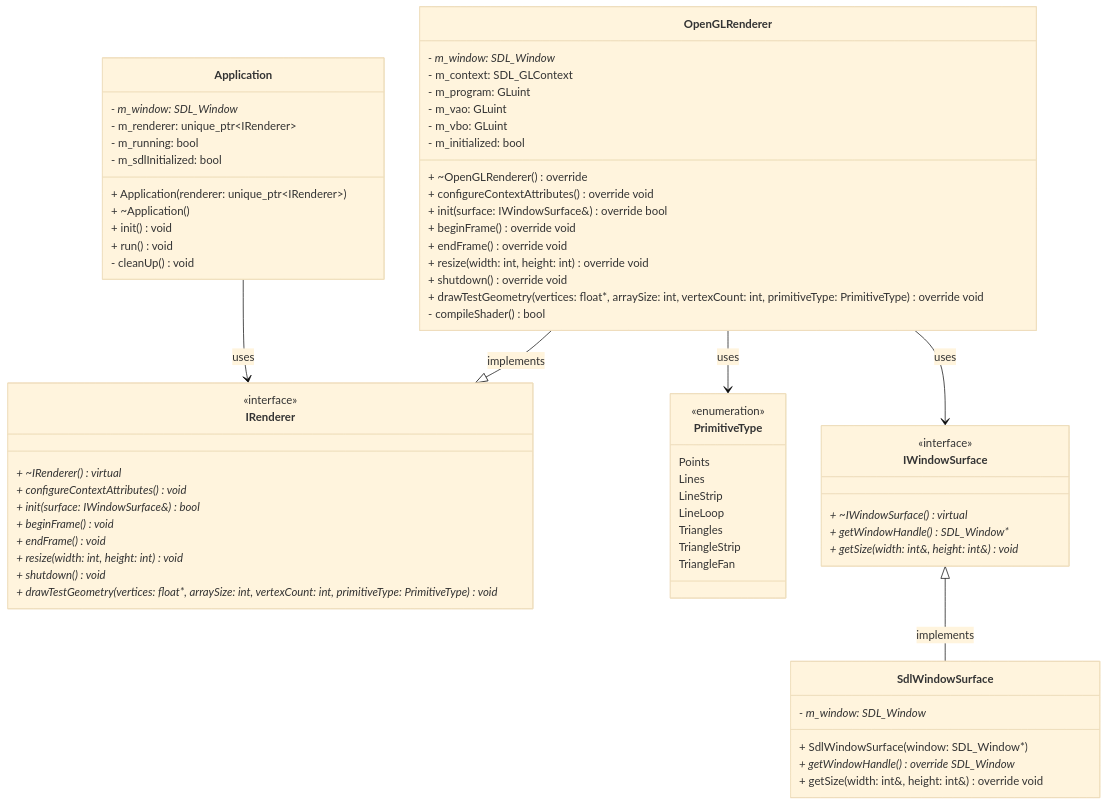
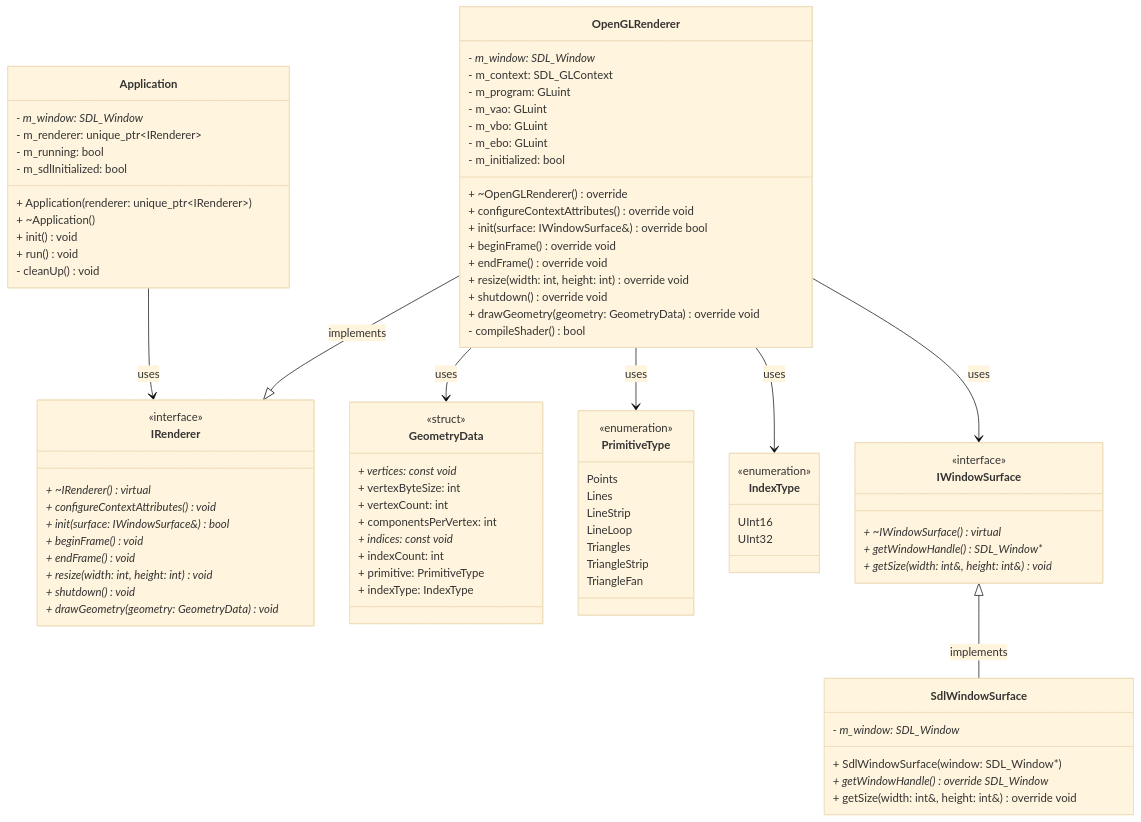
Before and after one commit to Herazael/2D-Engine-Backend: the diagram in README.md, drawn with Mermaid (base theme). The commit also changed other lines of this file and 6 other files, not shown here.

Commit message:
implemented VAO, VBO and EBO for flexible geometry rendering

````diff
--- a/README.md
+++ b/README.md
@@ -131,7 +130,7 @@
         + endFrame()* void
         + resize(width: int, height: int)* void
         + shutdown()* void
-        + drawTestGeometry(vertices: float*, arraySize: int, vertexCount: int, primitiveType: PrimitiveType)* void
+        + drawGeometry(geometry: GeometryData)* void
     }
 
     class OpenGLRenderer {
@@ -140,6 +139,7 @@
         - m_program: GLuint
         - m_vao: GLuint
         - m_vbo: GLuint
+        - m_ebo: GLuint
         - m_initialized: bool
         + ~OpenGLRenderer() override
         + configureContextAttributes() override void
@@ -148,8 +148,20 @@
         + endFrame() override void
         + resize(width: int, height: int) override void
         + shutdown() override void
-        + drawTestGeometry(vertices: float*, arraySize: int, vertexCount: int, primitiveType: PrimitiveType) override void
+        + drawGeometry(geometry: GeometryData) override void
         - compileShader() bool
+    }
+
+    class GeometryData {
+        <<struct>>
+        + vertices: const void*
+        + vertexByteSize: int
+        + vertexCount: int
+        + componentsPerVertex: int
+        + indices: const void*
+        + indexCount: int
+        + primitive: PrimitiveType
+        + indexType: IndexType
     }
 
     class PrimitiveType {
@@ -161,6 +173,12 @@
         Triangles
         TriangleStrip
         TriangleFan
+    }
+
+    class IndexType {
+        <<enumeration>>
+        UInt16
+        UInt32
     }
 
     class IWindowSurface {
@@ -181,5 +199,7 @@
     OpenGLRenderer --|> IRenderer : implements
     IWindowSurface <|-- SdlWindowSurface : implements
     OpenGLRenderer --> IWindowSurface : uses
+    OpenGLRenderer --> GeometryData : uses
     OpenGLRenderer --> PrimitiveType : uses
+    OpenGLRenderer --> IndexType : uses
 ```
````
